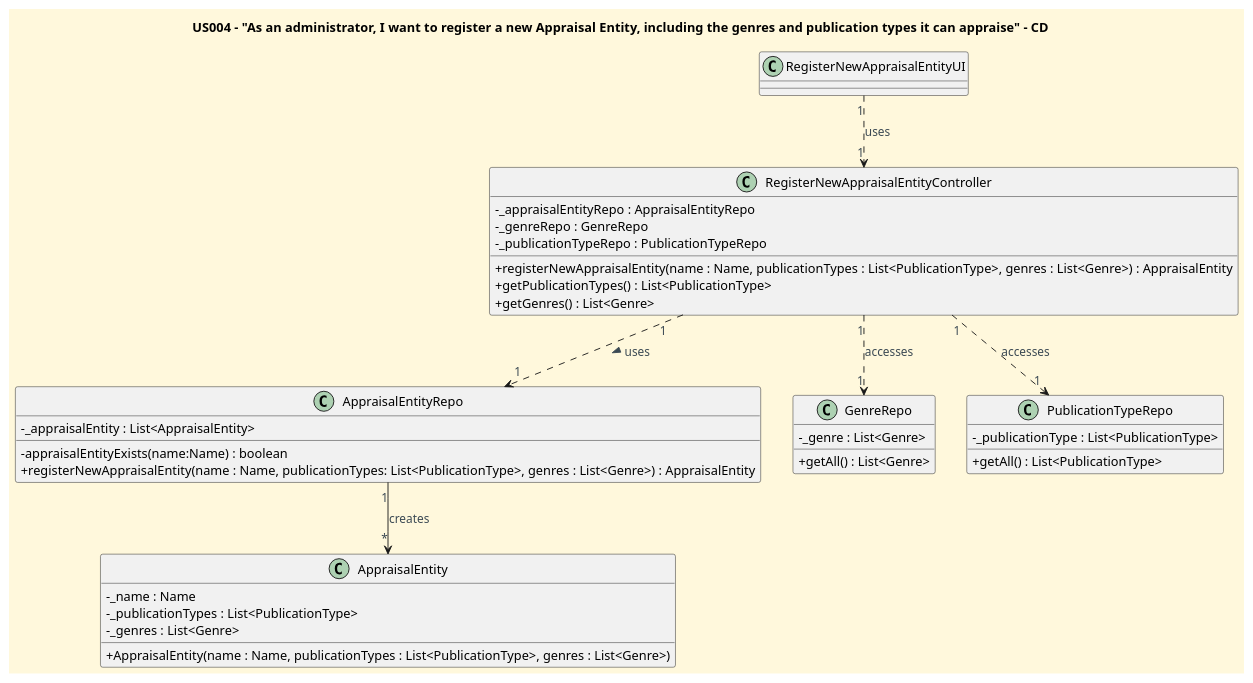
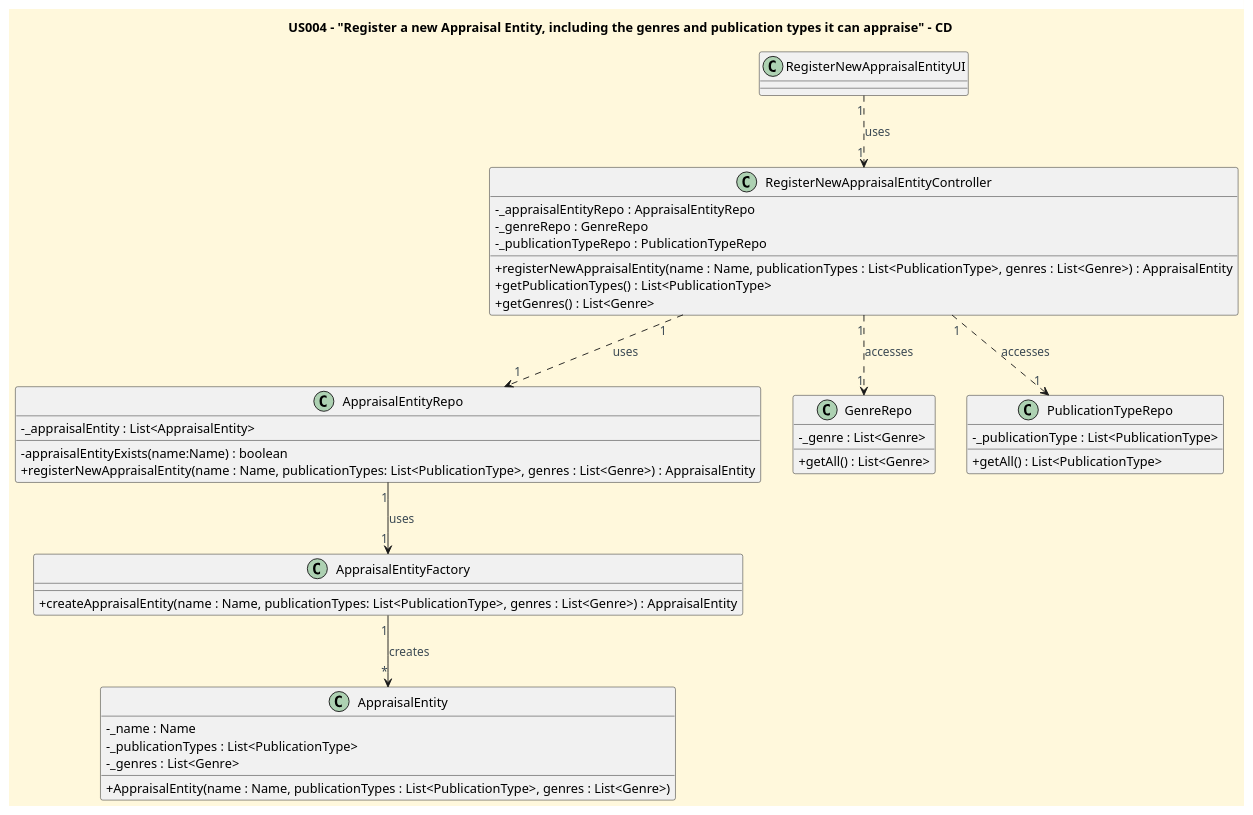
One commit to CarolinaLeite-collab/JavaMarketplacePlatform changed the diagram in docs/userStories/US004/US004_register_new_appraisal_entity_CD.puml. Above: the diagram before and after it, drawn with PlantUML.

Commit message:
Refactor US004 to apply Factory pattern: Updated CD #103

```diff
--- a/docs/userStories/US004/US004_register_new_appraisal_entity_CD.puml
+++ b/docs/userStories/US004/US004_register_new_appraisal_entity_CD.puml
@@ -1,59 +1,64 @@
 @startuml
 'https://plantuml.com/class-diagram
-title US004 – "As an administrator, I want to register a new Appraisal Entity, including the genres and publication types it can appraise" - CD
+title US004 - "Register a new Appraisal Entity, including the genres and publication types it can appraise" - CD
 
 
 '==== basic style ====
 skinparam monochrome false
 skinparam shadowing false
 skinparam defaultFontName Futura
 skinparam objectFontSize 20
 skinparam backgroundColor CornSilk
 skinparam objectBackgroundColor WhiteSmoke
 skinparam noteBackgroundColor #FFFFE0
 skinparam ArrowFontColor #3B4953
 skinparam ActivationBackgroundColor black
 skinparam classAttributeIconSize 0
 
 class RegisterNewAppraisalEntityUI {
 }
 
 class RegisterNewAppraisalEntityController {
 - _appraisalEntityRepo : AppraisalEntityRepo
 - _genreRepo : GenreRepo
 - _publicationTypeRepo : PublicationTypeRepo
 + registerNewAppraisalEntity(name : Name, publicationTypes : List<PublicationType>, genres : List<Genre>) : AppraisalEntity
 + getPublicationTypes() : List<PublicationType>
 + getGenres() : List<Genre>
 }
 
 class AppraisalEntityRepo {
 -_appraisalEntity : List<AppraisalEntity>
 - appraisalEntityExists(name:Name) : boolean
 + registerNewAppraisalEntity(name : Name, publicationTypes: List<PublicationType>, genres : List<Genre>) : AppraisalEntity
 }
 
+class AppraisalEntityFactory {
++ createAppraisalEntity(name : Name, publicationTypes: List<PublicationType>, genres : List<Genre>) : AppraisalEntity
+}
+
 class GenreRepo {
 - _genre : List<Genre>
 + getAll() : List<Genre>
 }
 
 class PublicationTypeRepo {
 -_publicationType : List<PublicationType>
 + getAll() : List<PublicationType>
 }
 
 class AppraisalEntity{
 - _name : Name
 - _publicationTypes : List<PublicationType>
 - _genres : List<Genre>
 + AppraisalEntity(name : Name, publicationTypes : List<PublicationType>, genres : List<Genre>)
 }
 
 RegisterNewAppraisalEntityUI "1" ..> "1" RegisterNewAppraisalEntityController : uses
 RegisterNewAppraisalEntityController "1" ..> "1" GenreRepo : accesses
 RegisterNewAppraisalEntityController "1" ..> "1" PublicationTypeRepo : accesses
-RegisterNewAppraisalEntityController "1" ..> "1"AppraisalEntityRepo : uses >
-AppraisalEntityRepo "1" --> "*" AppraisalEntity : creates
+RegisterNewAppraisalEntityController "1" ..> "1" AppraisalEntityRepo : uses
+AppraisalEntityRepo "1" --> "1" AppraisalEntityFactory : uses
+AppraisalEntityFactory "1" --> "*" AppraisalEntity : creates
 
 @enduml
```
